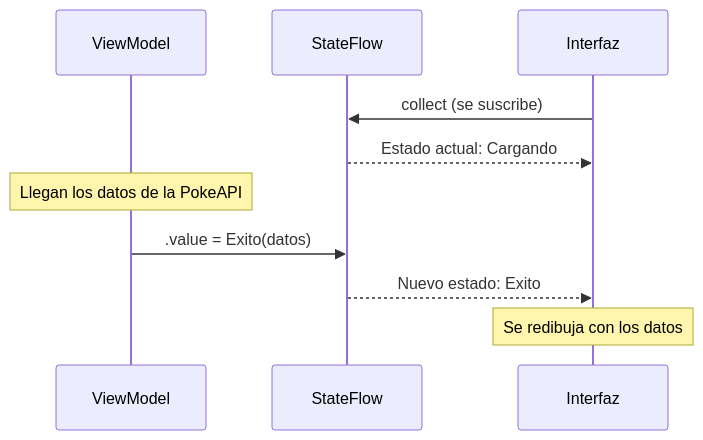
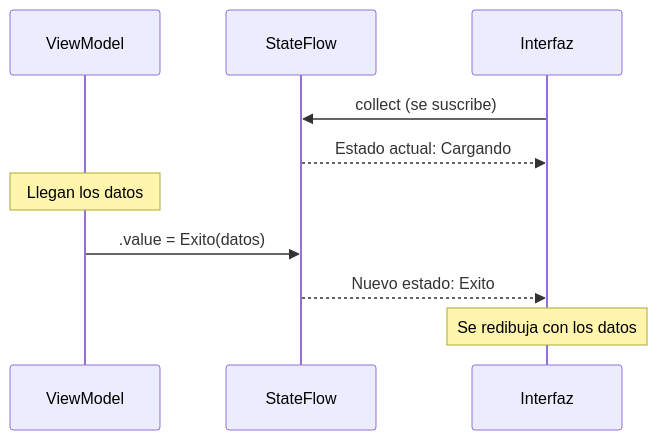
One commit to jmcandia/android-kotlin-desde-cero changed the diagram in docs/chapter24.md. Above: the diagram before and after it, drawn with Mermaid. The commit also changed other lines of this file and 14 other files, not shown here.

````diff
--- a/docs/chapter24.md
+++ b/docs/chapter24.md
@@ -117,12 +117,12 @@
 ```mermaid
 sequenceDiagram
     participant VM as ViewModel
     participant SF as StateFlow
     participant UI as Interfaz
     UI->>SF: collect (se suscribe)
     SF-->>UI: Estado actual: Cargando
-    Note over VM: Llegan los datos de la PokeAPI
+    Note over VM: Llegan los datos
     VM->>SF: .value = Exito(datos)
     SF-->>UI: Nuevo estado: Exito
     Note over UI: Se redibuja con los datos
 ```
````
